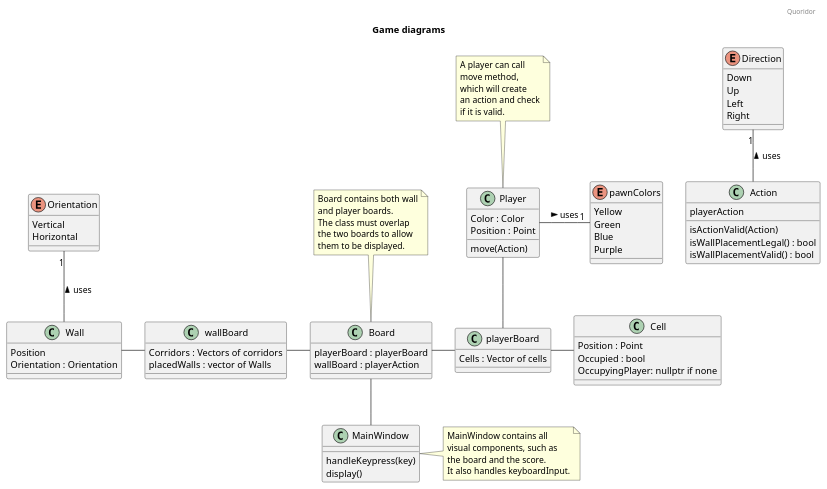
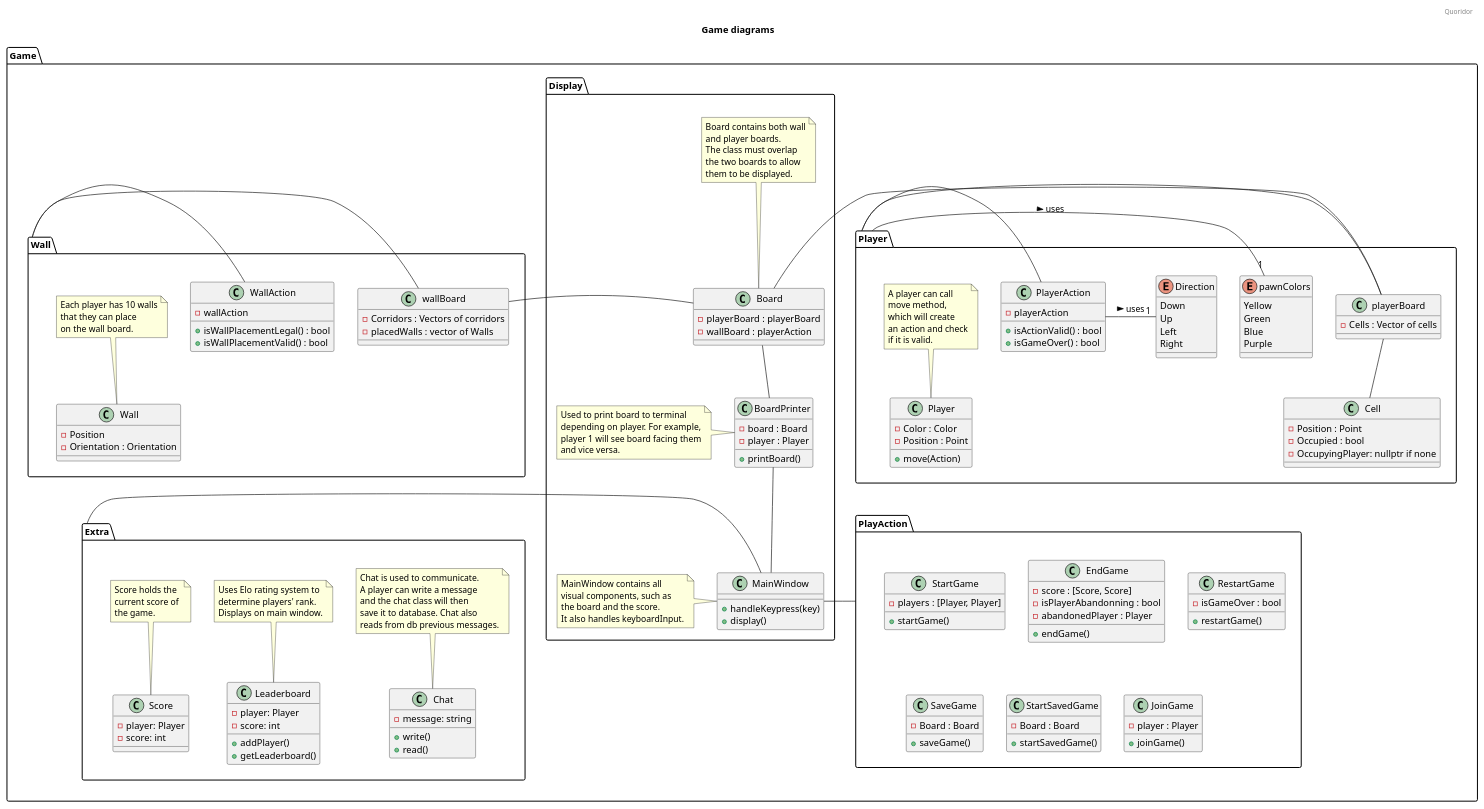
The diagram in UML_Diagrams/GameDiagrams.pu (fnieri/Quoridor), drawn with PlantUML before and after one commit.

Commit message:
game diagram enhanced a shit ton

```diff
--- a/UML_Diagrams/GameDiagrams.pu
+++ b/UML_Diagrams/GameDiagrams.pu
@@ -3,7 +3,11 @@
 header Quoridor
 title Game diagrams
 
-enum pawnColors {
+package Game {
+
+
+package Player {
+    enum pawnColors {
     'Fields
         Yellow
         Green
@@ -11,26 +15,6 @@
         Purple
 }
 
-
-enum Orientation {
-    'Fields
-        Vertical
-        Horizontal
-    
-}
-
-class MainWindow {
-    'Methods
-        handleKeypress(key)
-        display()
-}
-
-note right of MainWindow
-MainWindow contains all 
-visual components, such as 
-the board and the score.
-It also handles keyboardInput.
-endnote
 
 enum Direction {
     'Fields
@@ -42,10 +26,10 @@
 
 class Player{
     'Fields
-        Color : Color
-        Position : Point
+        - Color : Color
+        - Position : Point
     'Methods
-        move(Action)
+        + move(Action)
     
 }
 
@@ -57,36 +41,100 @@
 if it is valid.
 endnote
 
-class Wall{
+class PlayerAction  {
     'Fields
-        Position
-        Orientation : Orientation
+        - playerAction
     'Methods
+        + isActionValid() : bool  
+        + isGameOver() : bool
 }
 
 class Cell{
     'Fields
-        Position : Point
-        Occupied : bool
-        OccupyingPlayer: nullptr if none
+        - Position : Point
+        - Occupied : bool
+        - OccupyingPlayer: nullptr if none
 }
 
 class playerBoard {
     'Fields
-        Cells : Vector of cells   
+        - Cells : Vector of cells   
 } 
 
-class wallBoard {
+}
+
+package PlayAction{
+
+class StartGame{
     'Fields
-        Corridors : Vectors of corridors
-        placedWalls : vector of Walls
+        - players : [Player, Player]
+    'Methods
+        + startGame()
 }
+
+
+class EndGame{
+    'Fields
+        - score : [Score, Score]
+        - isPlayerAbandonning : bool
+        - abandonedPlayer : Player
+    'Methods
+        + endGame()
+
+}
+
+class RestartGame{
+    'Fields
+        - isGameOver : bool
+    'Methods
+        + restartGame()
+}
+
+class SaveGame{
+    'Fields
+        - Board : Board
+    'Method
+        + saveGame()
+}
+
+class StartSavedGame{
+    'Fields
+        - Board : Board
+    'Method
+        + startSavedGame()
+}
+
+class JoinGame{
+    'Fields
+        - player : Player
+    'Methods
+        + joinGame()
+}
+}
+
+
+package "Display"{
+
+    
+class MainWindow {
+    'Methods
+        + handleKeypress(key)
+        + display()
+}
+
+note left of MainWindow
+MainWindow contains all 
+visual components, such as 
+the board and the score.
+It also handles keyboardInput.
+endnote
 
 class Board{
     'Fields
-        playerBoard : playerBoard
-        wallBoard : playerAction
+        - playerBoard : playerBoard
+        - wallBoard : playerAction
 }
+
 
 note top of Board
 Board contains both wall
@@ -96,26 +144,129 @@
 them to be displayed.
 endnote
 
-class Action  {
+class BoardPrinter{
+'Fields
+    - board : Board
+    - player : Player
+'Methods
+    + printBoard()
+}
+
+note left of BoardPrinter
+Used to print board to terminal
+depending on player. For example,
+player 1 will see board facing them
+and vice versa.
+endnote
+
+BoardPrinter -d- MainWindow
+Board -d- BoardPrinter
+
+}
+
+package Wall{
+    class Wall{
     'Fields
-        playerAction
+        - Position
+        - Orientation : Orientation
     'Methods
-        isActionValid(Action)  
-        isWallPlacementLegal() : bool /' (inside board and on empty space) '/
-        isWallPlacementValid() : bool /' (all players can still get to other side)'/
+}
+    class wallBoard {
+    'Fields
+        - Corridors : Vectors of corridors
+        - placedWalls : vector of Walls
+    }
+    class WallAction {
+    'Fields
+        - wallAction
+    'Methods
+        + isWallPlacementLegal() : bool /' (inside board and on empty space) '/
+        + isWallPlacementValid() : bool /' (all players can still get to other side)'/
+}
+
+
+note top of Wall
+Each player has 10 walls
+that they can place
+on the wall board.
+endnote
 
 }
 
 
-Board -d- MainWindow
-playerBoard -l- Board
-wallBoard -r- Board
-Cell -l- playerBoard
-Wall - wallBoard
-' Player - Action
-Player -d- playerBoard
+package Extra{
+class Chat{
+    'Fields
+        - message: string
+    'Methods
+        + write()
+        + read()
+}
+
+note top of Chat
+Chat is used to communicate.
+A player can write a message 
+and the chat class will then 
+save it to database. Chat also
+reads from db previous messages.
+endnote
+
+
+class Leaderboard{
+    'Fields
+        - player: Player
+        - score: int
+    'Methods
+        + addPlayer()
+        + getLeaderboard()
+}
+
+note top of Leaderboard
+Uses Elo rating system to
+determine players' rank.
+Displays on main window.
+endnote
+
+class Score{
+    'Fields
+        - player: Player
+        - score: int
+}
+
+note top of Score
+Score holds the 
+current score of 
+the game.
+endnote
+
+
+}
+
+
+
+' class EloCalculator {
+'     'Fields
+'         - opponentsElo : vectors of int
+'         - userWon : bool
+'     'Methods 
+'         +  << constructor >> EloCalculator(opponentsElo : vectors of int, userWon : bool)
+'         + calculateElo() : int
+' }
+
+
+
+playerBoard -r- Board
+wallBoard -l- Board
+PlayAction -l- MainWindow
+Extra -r- MainWindow
+wallBoard  -l- Wall
+Cell -u- playerBoard
+Player -d- PlayerAction
+Wall -l- WallAction
+Player -l- playerBoard
 Player -r- "1" pawnColors : > uses
-Action -u- "1" Direction : > uses
-Wall -u- "1" Orientation : > uses
+PlayerAction - "1" Direction : > uses
+}
+
 
 @enduml
```
